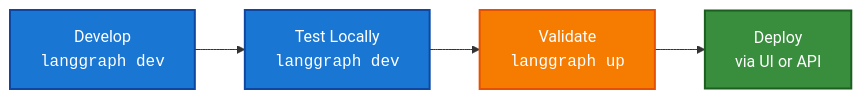
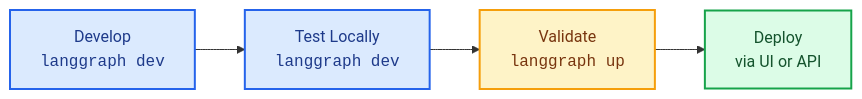
One commit to bansalkanav/docs changed the diagram in build/langsmith/local-dev-testing.mdx. Above: the diagram before and after it, drawn with Mermaid. The commit also changed other lines of this file and 2887 other files, not shown here.

````diff
--- a/build/langsmith/local-dev-testing.mdx
+++ b/build/langsmith/local-dev-testing.mdx
@@ -32,9 +32,9 @@
 ```mermaid
 flowchart LR
     A["Develop<br/><code>langgraph dev</code>"] --> B["Test Locally<br/><code>langgraph dev</code>"] --> C["Validate<br/><code>langgraph up</code>"] --> D["Deploy<br/>via UI or API"]
 
-    style A fill:#1976d2,stroke:#0d47a1,stroke-width:2px,color:#fff
-    style B fill:#1976d2,stroke:#0d47a1,stroke-width:2px,color:#fff
-    style C fill:#f57c00,stroke:#e65100,stroke-width:2px,color:#fff
-    style D fill:#388e3c,stroke:#1b5e20,stroke-width:2px,color:#fff
+    style A fill:#DBEAFE,stroke:#2563EB,stroke-width:2px,color:#1E3A8A
+    style B fill:#DBEAFE,stroke:#2563EB,stroke-width:2px,color:#1E3A8A
+    style C fill:#FEF3C7,stroke:#F59E0B,stroke-width:2px,color:#78350F
+    style D fill:#DCFCE7,stroke:#16A34A,stroke-width:2px,color:#14532D
 ```
````
